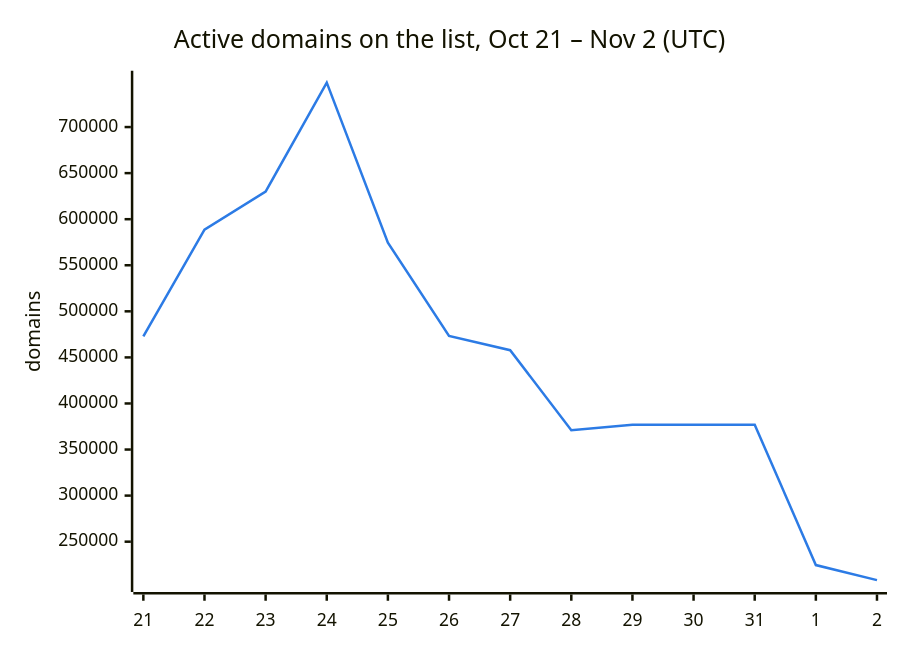
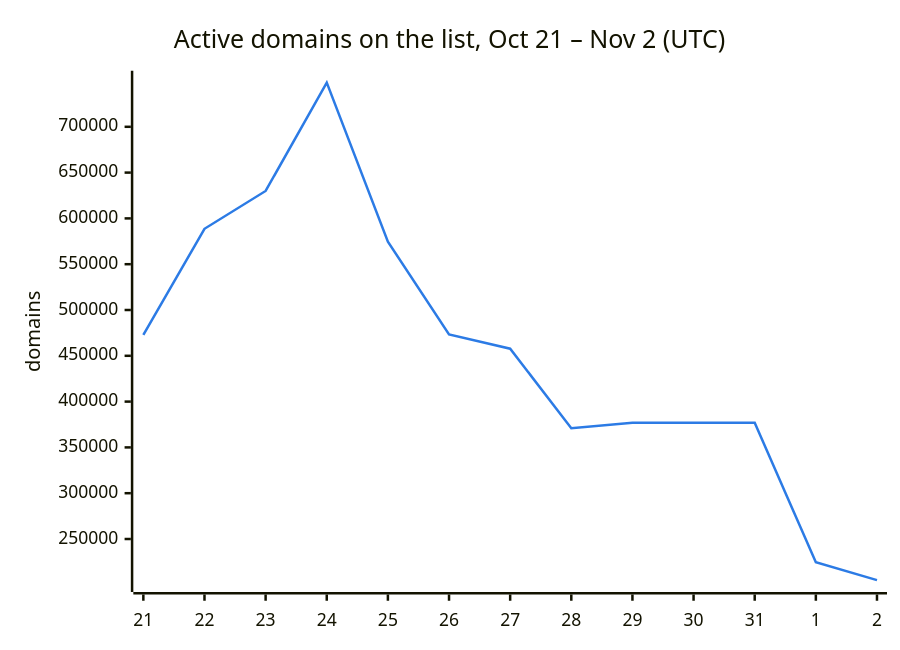
One commit to DNSBunker/CTI changed the second of 3 diagrams in README.md. Above: the diagram before and after it, drawn with Mermaid. The commit also changed other lines of this file and 3 other files, not shown here.

````diff
--- a/README.md
+++ b/README.md
@@ -38,8 +38,8 @@
 ```mermaid
 %%{init: {"themeVariables": {"xyChart": {"plotColorPalette": "#2c7be5"}}}}%%
 xychart-beta
     title "Active domains on the list, Oct 21 – Nov 2 (UTC)"
     x-axis ["21", "22", "23", "24", "25", "26", "27", "28", "29", "30", "31", "1", "2"]
     y-axis "domains"
-    line [472713, 588659, 629951, 748222, 574614, 473331, 457795, 371010, 376945, 376945, 376945, 224607, 208271]
+    line [472713, 588659, 629951, 748222, 574614, 473331, 457795, 371010, 376945, 376945, 376945, 224607, 205107]
 ```
````
